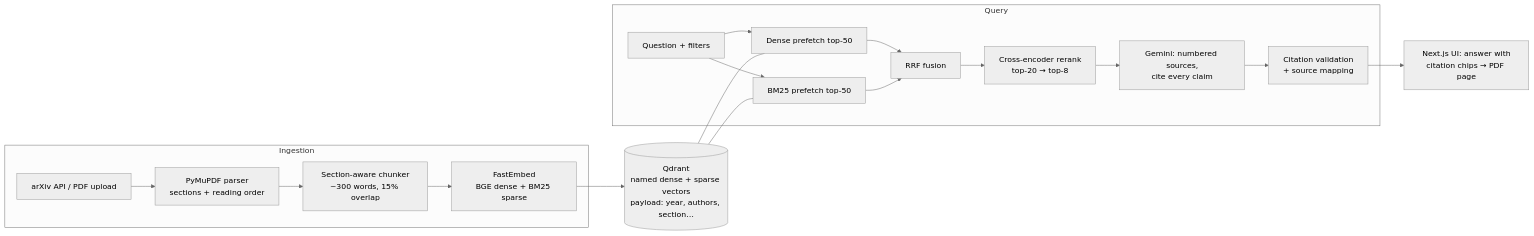
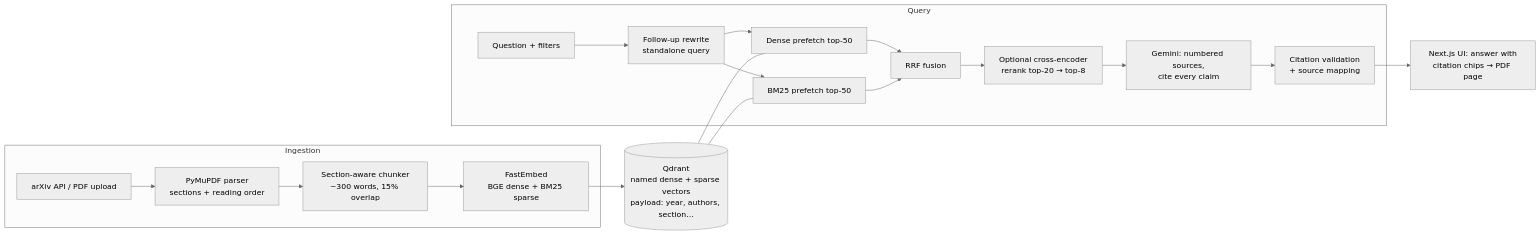
One commit to aryansaraogi/ResearchRAG changed the diagram in README.md. Above: the diagram before and after it, drawn with Mermaid (neutral theme). The commit also changed other lines of this file and 22 other files, not shown here.

First line of the commit message:
feat: Enhance RAG system with follow-up question rewriting and model fallback

````diff
--- a/README.md
+++ b/README.md
@@ -19,21 +20,22 @@
 ```mermaid
 flowchart LR
   subgraph Ingestion
     A[arXiv API / PDF upload] --> B[PyMuPDF parser<br/>sections + reading order]
     B --> C[Section-aware chunker<br/>~300 words, 15% overlap]
     C --> D[FastEmbed<br/>BGE dense + BM25 sparse]
   end
   D --> Q[(Qdrant<br/>named dense + sparse vectors<br/>payload: year, authors, section…)]
   subgraph Query
-    U[Question + filters] --> P1[Dense prefetch top-50]
-    U --> P2[BM25 prefetch top-50]
+    U[Question + filters] --> W[Follow-up rewrite<br/>standalone query]
+    W --> P1[Dense prefetch top-50]
+    W --> P2[BM25 prefetch top-50]
     P1 --> F[RRF fusion]
     P2 --> F
-    F --> R[Cross-encoder rerank<br/>top-20 → top-8]
+    F --> R[Optional cross-encoder<br/>rerank top-20 → top-8]
     R --> G[Gemini: numbered sources,<br/>cite every claim]
     G --> V[Citation validation<br/>+ source mapping]
   end
   Q --- P1
   Q --- P2
   V --> UI[Next.js UI: answer with<br/>citation chips → PDF page]
 ```
````
